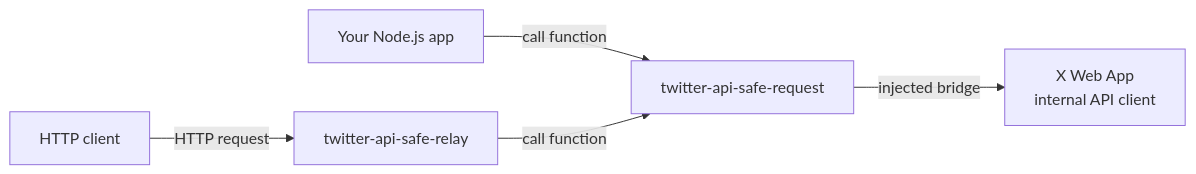
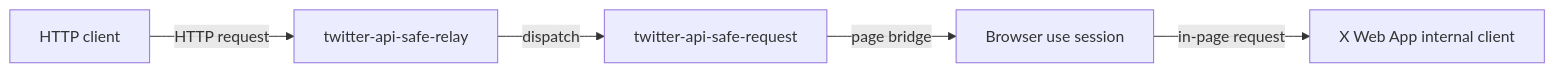
The diagram in README.md (shirafukayayoi/twitter_api_safe_relay-browser-use), drawn with Mermaid before and after one commit. The commit also changed other lines of this file, not shown here.

````diff
--- a/README.md
+++ b/README.md
@@ -13,13 +17,13 @@
 ```mermaid
 flowchart LR
-	curl["HTTP client"]
-	app["Your Node.js app"]
+	client["HTTP client"]
 	server["twitter-api-safe-relay"]
-	package["twitter-api-safe-request"]
-	xclient["X Web App<br/>internal API client"]
+	request["twitter-api-safe-request"]
+	browser["Browser use session"]
+	xweb["X Web App internal client"]
 
-	app -->|"call function"|package
-	curl -->|"HTTP request"| server
-	server -->|"call function"| package
-	package -->|"injected bridge"| xclient
+	client -->|"HTTP request"| server
+	server -->|"dispatch"| request
+	request -->|"page bridge"| browser
+	browser -->|"in-page request"| xweb
 ```
````
